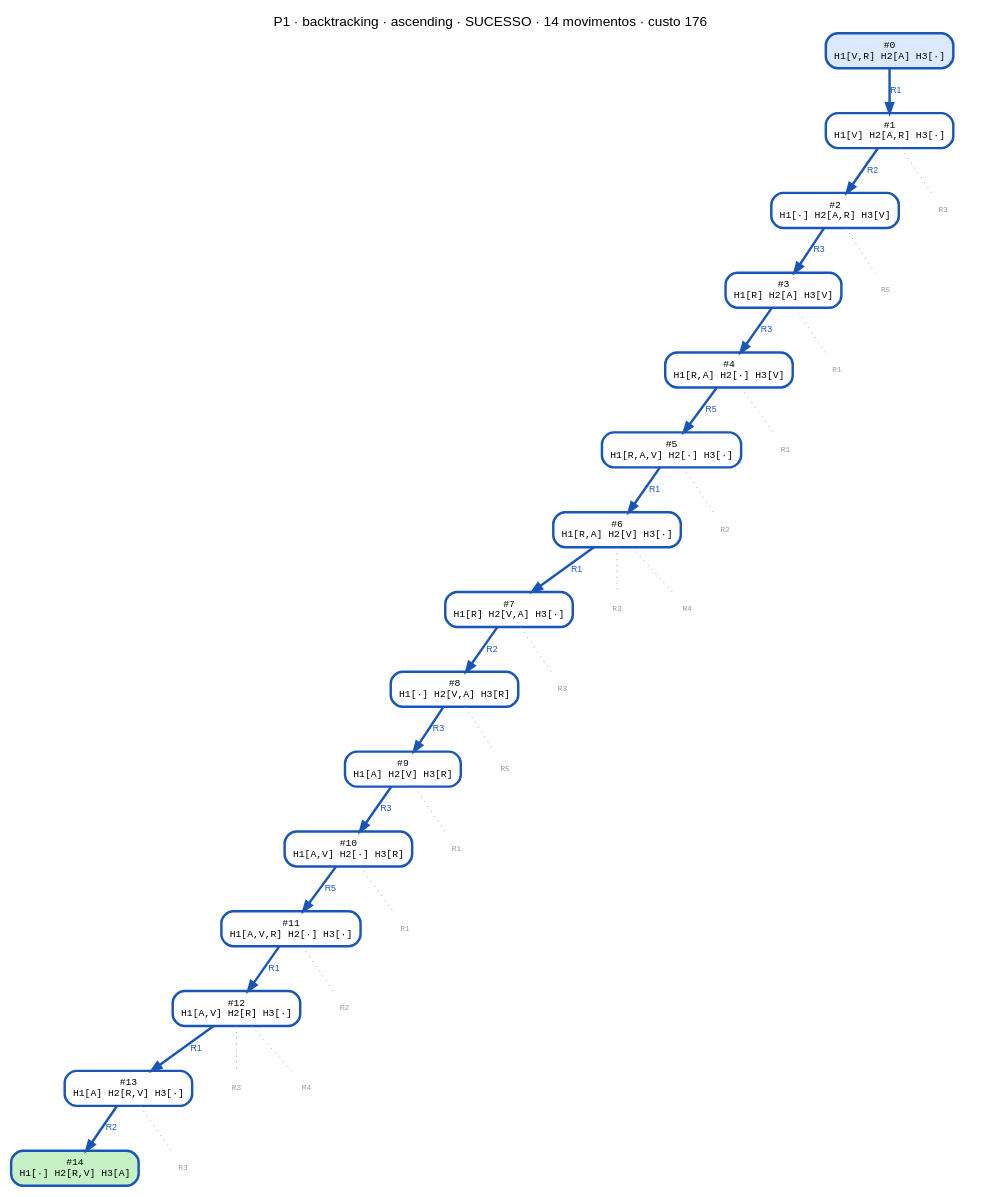
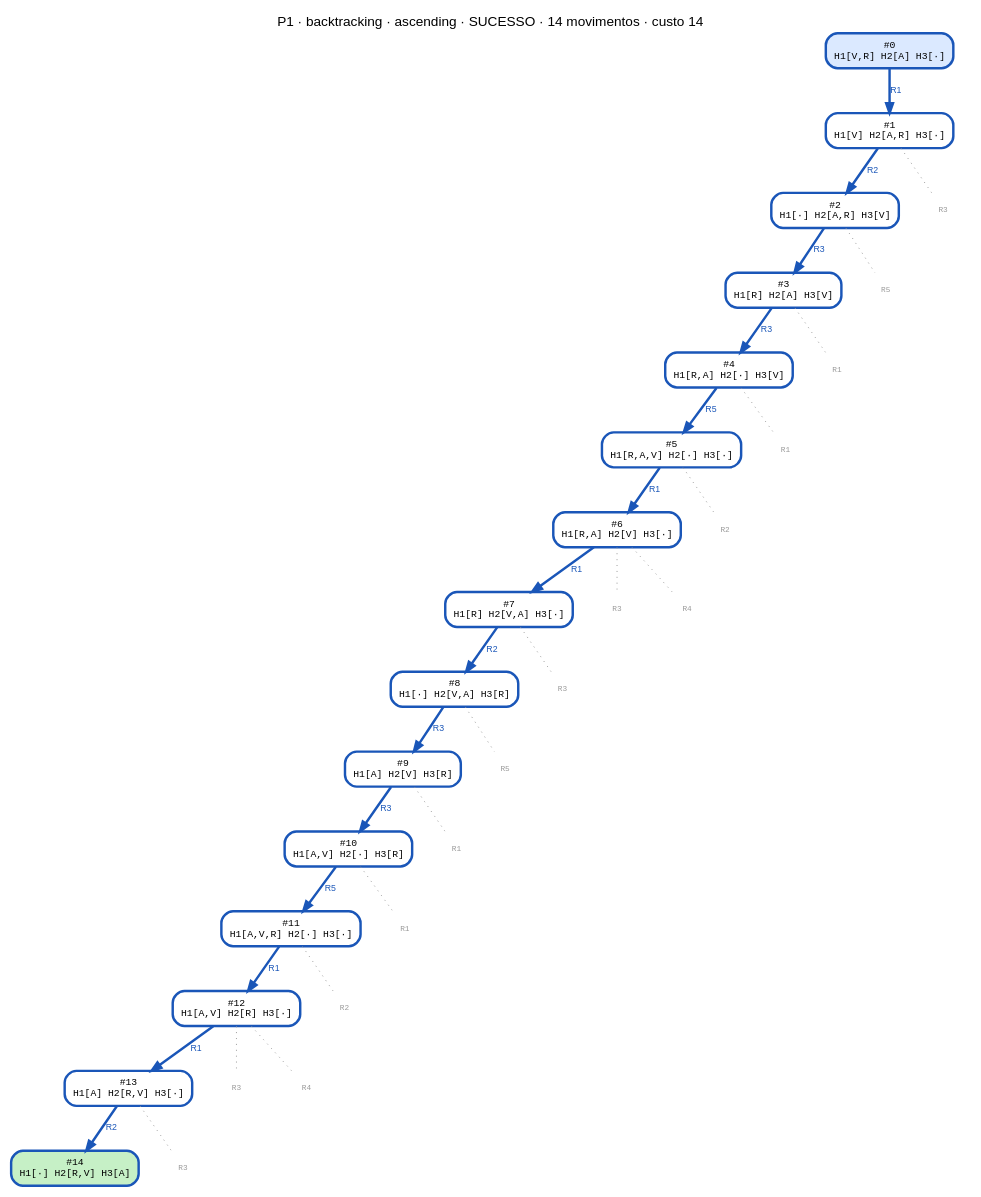
One commit to CharlesLB/dcc-014-trabalho-1 changed the diagram in data/P1/backtracking_ascending.dot. Above: the diagram before and after it, drawn with Graphviz. The commit also changed 17 other files, not shown here.

Commit message:
Regenerate the search-tree graphs with unit move cost and the greedy search

```diff
--- a/data/P1/backtracking_ascending.dot
+++ b/data/P1/backtracking_ascending.dot
@@ -1,64 +1,64 @@
 digraph search {
-  label="P1 · backtracking · ascending · SUCESSO · 14 movimentos · custo 176"; labelloc=t; fontname="Helvetica";
+  label="P1 · backtracking · ascending · SUCESSO · 14 movimentos · custo 14"; labelloc=t; fontname="Helvetica";
   node [shape=box, style="rounded,filled", fontname="monospace", fontsize=10];
   edge [fontname="Helvetica", fontsize=9];
   n0 [label="#0\nH1[V,R] H2[A] H3[·]", fillcolor="#dbe9ff", color="#1a56b8", penwidth=2.5];
   n1 [label="#1\nH1[V] H2[A,R] H3[·]", fillcolor="#ffffff", color="#1a56b8", penwidth=2.5];
   n0 -> n1 [label="R1", color="#1a56b8", fontcolor="#1a56b8", penwidth=2.5];
   n2 [label="#2\nH1[·] H2[A,R] H3[V]", fillcolor="#ffffff", color="#1a56b8", penwidth=2.5];
   n1 -> n2 [label="R2", color="#1a56b8", fontcolor="#1a56b8", penwidth=2.5];
   n3 [label="#3\nH1[R] H2[A] H3[V]", fillcolor="#ffffff", color="#1a56b8", penwidth=2.5];
   n2 -> n3 [label="R3", color="#1a56b8", fontcolor="#1a56b8", penwidth=2.5];
   n4 [label="#4\nH1[R,A] H2[·] H3[V]", fillcolor="#ffffff", color="#1a56b8", penwidth=2.5];
   n3 -> n4 [label="R3", color="#1a56b8", fontcolor="#1a56b8", penwidth=2.5];
   n5 [label="#5\nH1[R,A,V] H2[·] H3[·]", fillcolor="#ffffff", color="#1a56b8", penwidth=2.5];
   n4 -> n5 [label="R5", color="#1a56b8", fontcolor="#1a56b8", penwidth=2.5];
   n6 [label="#6\nH1[R,A] H2[V] H3[·]", fillcolor="#ffffff", color="#1a56b8", penwidth=2.5];
   n5 -> n6 [label="R1", color="#1a56b8", fontcolor="#1a56b8", penwidth=2.5];
   n7 [label="#7\nH1[R] H2[V,A] H3[·]", fillcolor="#ffffff", color="#1a56b8", penwidth=2.5];
   n6 -> n7 [label="R1", color="#1a56b8", fontcolor="#1a56b8", penwidth=2.5];
   n8 [label="#8\nH1[·] H2[V,A] H3[R]", fillcolor="#ffffff", color="#1a56b8", penwidth=2.5];
   n7 -> n8 [label="R2", color="#1a56b8", fontcolor="#1a56b8", penwidth=2.5];
   n9 [label="#9\nH1[A] H2[V] H3[R]", fillcolor="#ffffff", color="#1a56b8", penwidth=2.5];
   n8 -> n9 [label="R3", color="#1a56b8", fontcolor="#1a56b8", penwidth=2.5];
   n10 [label="#10\nH1[A,V] H2[·] H3[R]", fillcolor="#ffffff", color="#1a56b8", penwidth=2.5];
   n9 -> n10 [label="R3", color="#1a56b8", fontcolor="#1a56b8", penwidth=2.5];
   n11 [label="#11\nH1[A,V,R] H2[·] H3[·]", fillcolor="#ffffff", color="#1a56b8", penwidth=2.5];
   n10 -> n11 [label="R5", color="#1a56b8", fontcolor="#1a56b8", penwidth=2.5];
   n12 [label="#12\nH1[A,V] H2[R] H3[·]", fillcolor="#ffffff", color="#1a56b8", penwidth=2.5];
   n11 -> n12 [label="R1", color="#1a56b8", fontcolor="#1a56b8", penwidth=2.5];
   n13 [label="#13\nH1[A] H2[R,V] H3[·]", fillcolor="#ffffff", color="#1a56b8", penwidth=2.5];
   n12 -> n13 [label="R1", color="#1a56b8", fontcolor="#1a56b8", penwidth=2.5];
   n14 [label="#14\nH1[·] H2[R,V] H3[A]", fillcolor="#c6f0c6", color="#1a56b8", penwidth=2.5];
   n13 -> n14 [label="R2", color="#1a56b8", fontcolor="#1a56b8", penwidth=2.5];
   p1_R3 [label="R3", shape=plaintext, style=solid, fontcolor="#999999", fontsize=8];
   n1 -> p1_R3 [style=dotted, color="#999999", arrowhead=none];
   p2_R5 [label="R5", shape=plaintext, style=solid, fontcolor="#999999", fontsize=8];
   n2 -> p2_R5 [style=dotted, color="#999999", arrowhead=none];
   p3_R1 [label="R1", shape=plaintext, style=solid, fontcolor="#999999", fontsize=8];
   n3 -> p3_R1 [style=dotted, color="#999999", arrowhead=none];
   p4_R1 [label="R1", shape=plaintext, style=solid, fontcolor="#999999", fontsize=8];
   n4 -> p4_R1 [style=dotted, color="#999999", arrowhead=none];
   p5_R2 [label="R2", shape=plaintext, style=solid, fontcolor="#999999", fontsize=8];
   n5 -> p5_R2 [style=dotted, color="#999999", arrowhead=none];
   p6_R3 [label="R3", shape=plaintext, style=solid, fontcolor="#999999", fontsize=8];
   n6 -> p6_R3 [style=dotted, color="#999999", arrowhead=none];
   p6_R4 [label="R4", shape=plaintext, style=solid, fontcolor="#999999", fontsize=8];
   n6 -> p6_R4 [style=dotted, color="#999999", arrowhead=none];
   p7_R3 [label="R3", shape=plaintext, style=solid, fontcolor="#999999", fontsize=8];
   n7 -> p7_R3 [style=dotted, color="#999999", arrowhead=none];
   p8_R5 [label="R5", shape=plaintext, style=solid, fontcolor="#999999", fontsize=8];
   n8 -> p8_R5 [style=dotted, color="#999999", arrowhead=none];
   p9_R1 [label="R1", shape=plaintext, style=solid, fontcolor="#999999", fontsize=8];
   n9 -> p9_R1 [style=dotted, color="#999999", arrowhead=none];
   p10_R1 [label="R1", shape=plaintext, style=solid, fontcolor="#999999", fontsize=8];
   n10 -> p10_R1 [style=dotted, color="#999999", arrowhead=none];
   p11_R2 [label="R2", shape=plaintext, style=solid, fontcolor="#999999", fontsize=8];
   n11 -> p11_R2 [style=dotted, color="#999999", arrowhead=none];
   p12_R3 [label="R3", shape=plaintext, style=solid, fontcolor="#999999", fontsize=8];
   n12 -> p12_R3 [style=dotted, color="#999999", arrowhead=none];
   p12_R4 [label="R4", shape=plaintext, style=solid, fontcolor="#999999", fontsize=8];
   n12 -> p12_R4 [style=dotted, color="#999999", arrowhead=none];
   p13_R3 [label="R3", shape=plaintext, style=solid, fontcolor="#999999", fontsize=8];
   n13 -> p13_R3 [style=dotted, color="#999999", arrowhead=none];
 }
```
